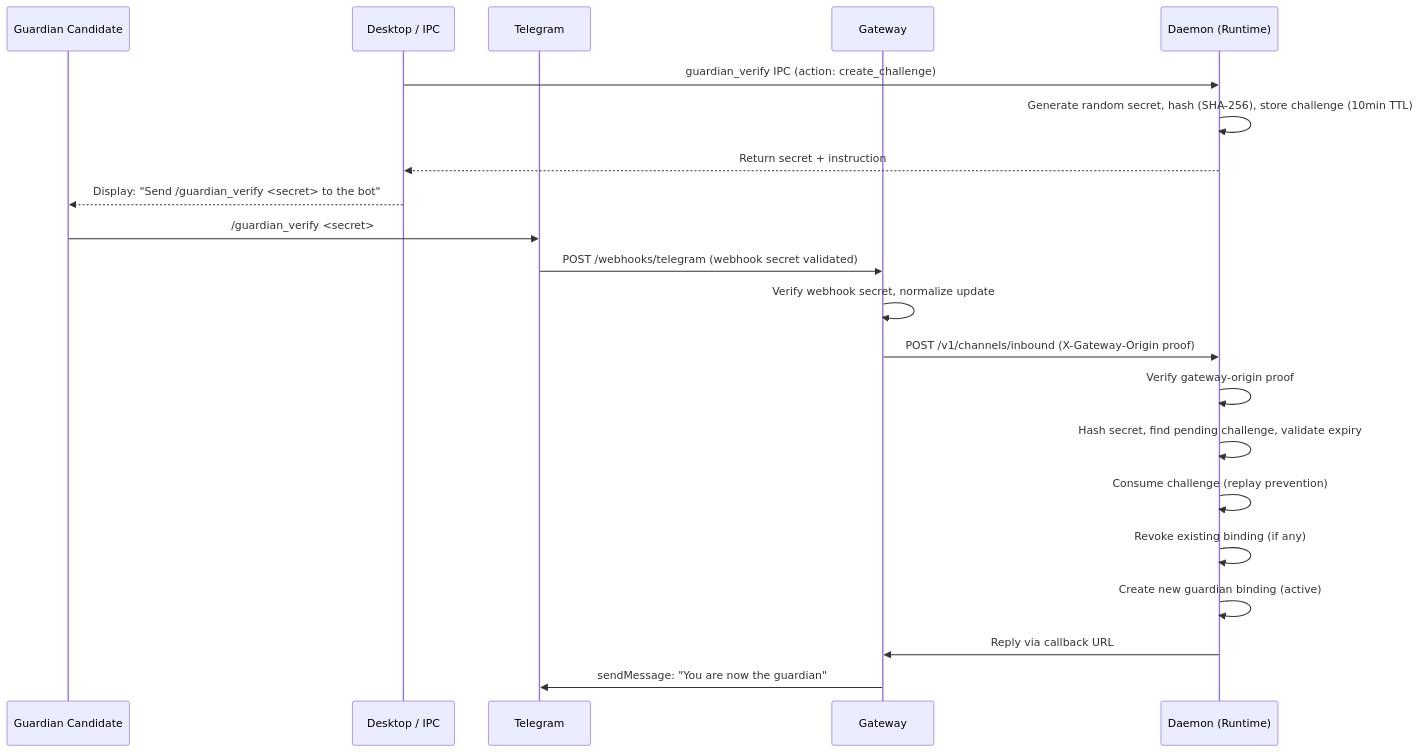
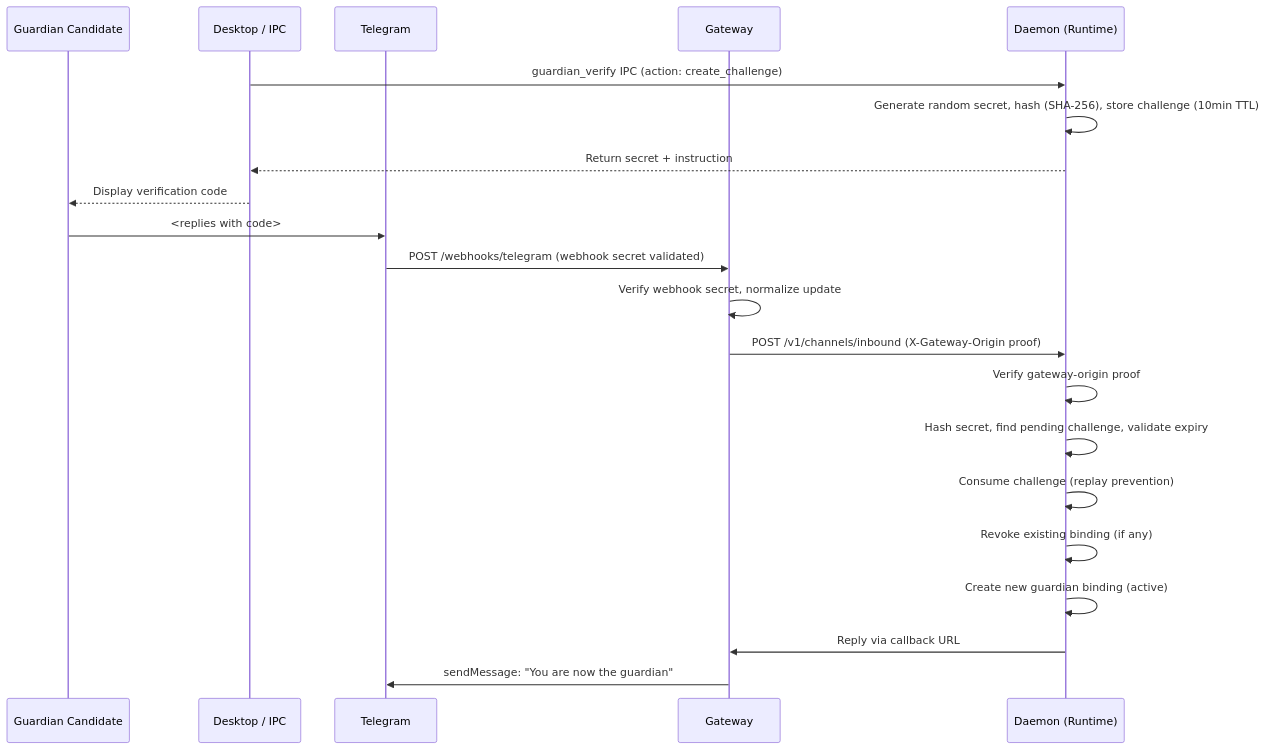
Before and after one commit to vellum-ai/vellum-assistant: the first of 7 diagrams in gateway/ARCHITECTURE.md, drawn with Mermaid. The commit also changed other lines of this file and 10 other files, not shown here.

First line of the commit message:
feat: accept bare verification codes and simplify guardian verify copy

````diff
--- a/gateway/ARCHITECTURE.md
+++ b/gateway/ARCHITECTURE.md
@@ -196,24 +194,24 @@
 ```mermaid
 sequenceDiagram
     participant User as Guardian Candidate
     participant Desktop as Desktop / IPC
     participant TG as Telegram
     participant GW as Gateway
     participant Daemon as Daemon (Runtime)
 
     Desktop->>Daemon: guardian_verify IPC (action: create_challenge)
     Daemon->>Daemon: Generate random secret, hash (SHA-256), store challenge (10min TTL)
     Daemon-->>Desktop: Return secret + instruction
-    Desktop-->>User: Display: "Send /guardian_verify <secret> to the bot"
-    User->>TG: /guardian_verify <secret>
+    Desktop-->>User: Display verification code
+    User->>TG: <replies with code>
     TG->>GW: POST /webhooks/telegram (webhook secret validated)
     GW->>GW: Verify webhook secret, normalize update
     GW->>Daemon: POST /v1/channels/inbound (X-Gateway-Origin proof)
     Daemon->>Daemon: Verify gateway-origin proof
     Daemon->>Daemon: Hash secret, find pending challenge, validate expiry
     Daemon->>Daemon: Consume challenge (replay prevention)
     Daemon->>Daemon: Revoke existing binding (if any)
     Daemon->>Daemon: Create new guardian binding (active)
     Daemon->>GW: Reply via callback URL
     GW->>TG: sendMessage: "You are now the guardian"
 ```
````
